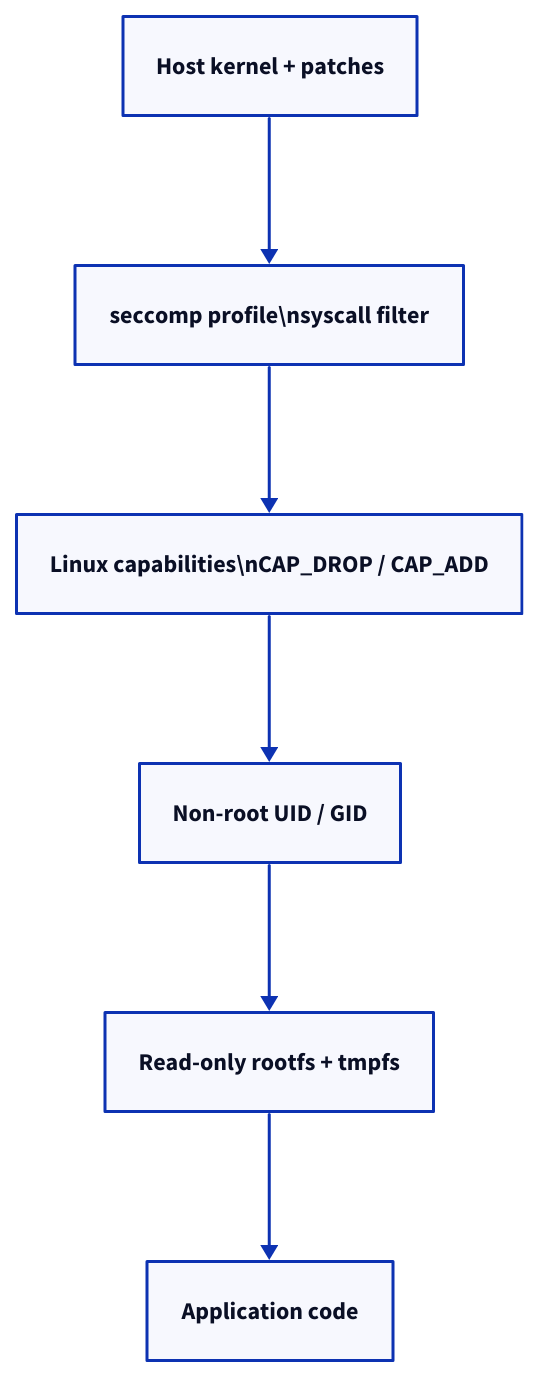
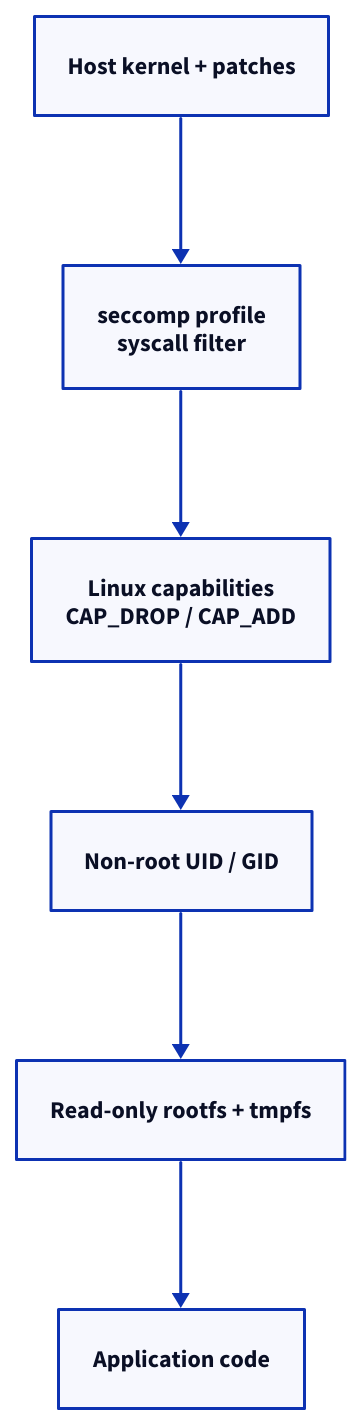
One commit to rebash-rebash/rebash-academy changed the diagram in docs/docker/docker-security-hardening.md. Above: the diagram before and after it, drawn with D2. The commit also changed 177 other files, not shown here.

First line of the commit message:
Ship Terraform track, diagram polish, and new brand favicon.

````diff
--- a/docs/docker/docker-security-hardening.md
+++ b/docs/docker/docker-security-hardening.md
@@ -55,15 +55,15 @@
 ```d2
 direction: down
 
 HOST: "Host kernel + patches"
-    SECCOMP: "seccomp profile\\nsyscall filter"
-    CAPS: "Linux capabilities\\nCAP_DROP / CAP_ADD"
+    SECCOMP: "seccomp profile\nsyscall filter"
+    CAPS: "Linux capabilities\nCAP_DROP / CAP_ADD"
     USER: "Non-root UID / GID"
     RO: "Read-only rootfs + tmpfs"
     APP: "Application code"
     HOST -> SECCOMP
     SECCOMP -> CAPS
     CAPS -> USER
     USER -> RO
     RO -> APP
 ```
````
